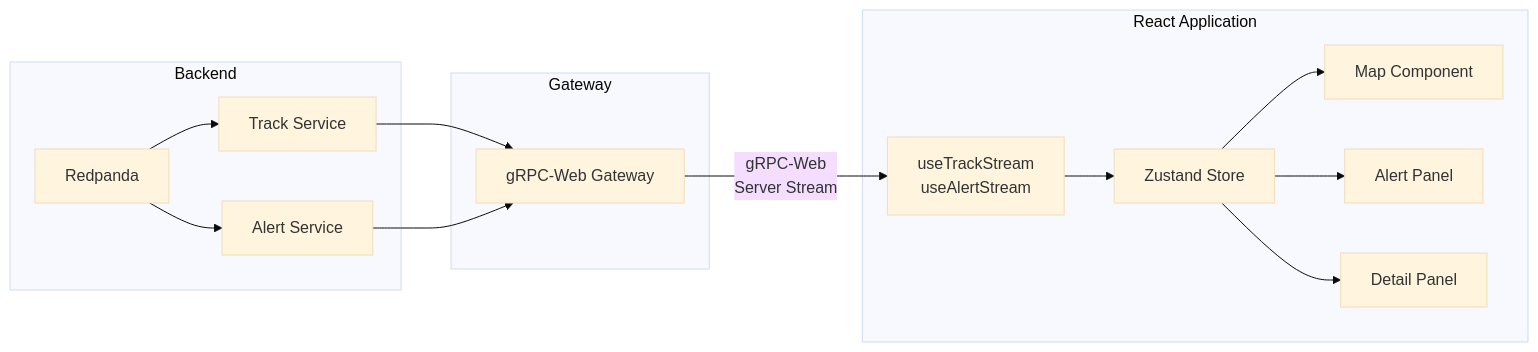
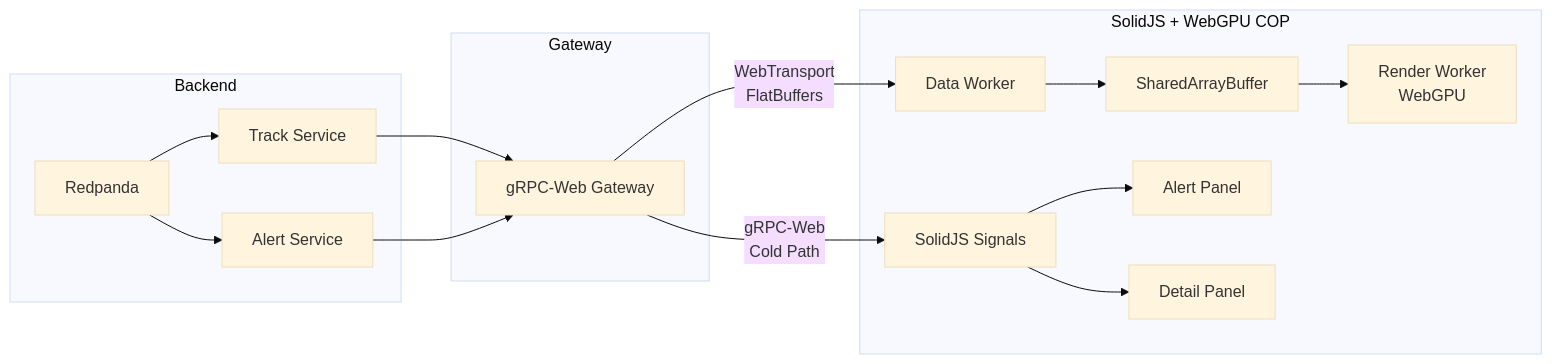
The second of 2 diagrams in docs/business/usecases/UC012_situational_awareness_ui.md (arvinddhasmana/rtsa_webgpu), drawn with Mermaid (base theme) before and after one commit. The commit also changed other lines of this file and 65 other files, not shown here.

````diff
--- a/docs/business/usecases/UC012_situational_awareness_ui.md
+++ b/docs/business/usecases/UC012_situational_awareness_ui.md
@@ -108,20 +108,21 @@
 ```mermaid
 flowchart LR
     subgraph Backend
         RP[Redpanda] --> TS[Track Service]
         RP --> AS[Alert Service]
     end
 
     subgraph Gateway
         TS --> GW[gRPC-Web Gateway]
         AS --> GW
     end
 
-    subgraph Frontend["React Application"]
-        GW -->|gRPC-Web<br/>Server Stream| HOOK[useTrackStream<br/>useAlertStream]
-        HOOK --> STATE[Zustand Store]
-        STATE --> MAP[Map Component]
-        STATE --> ALERT[Alert Panel]
-        STATE --> DETAIL[Detail Panel]
+    subgraph Frontend["SolidJS + WebGPU COP"]
+        GW -->|WebTransport<br/>FlatBuffers| DW[Data Worker]
+        DW --> SAB[SharedArrayBuffer]
+        SAB --> RW[Render Worker<br/>WebGPU]
+        GW -->|gRPC-Web<br/>Cold Path| SIGNALS[SolidJS Signals]
+        SIGNALS --> ALERT[Alert Panel]
+        SIGNALS --> DETAIL[Detail Panel]
     end
 ```
````
